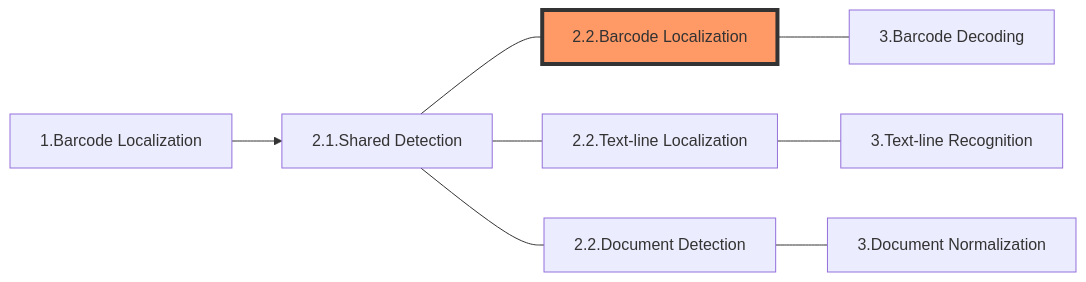
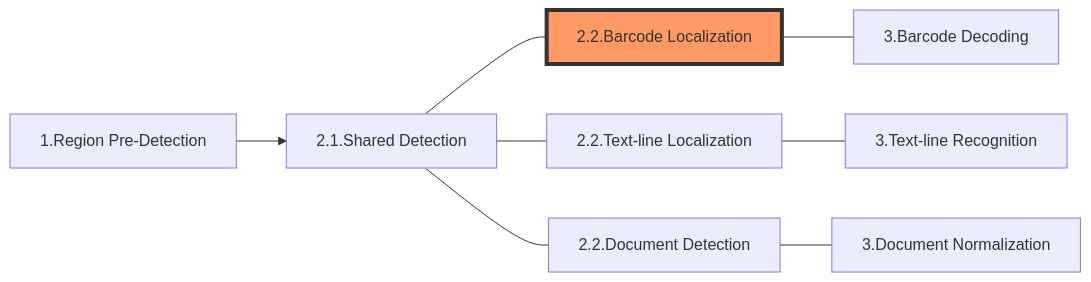
Before and after one commit to dynamsoft-docs/capture-vision-docs: the diagram in architecture/image-processing/barcode-localization.md, drawn with Mermaid.

Commit message:
Fix a mistake in flowchart

````diff
--- a/architecture/image-processing/barcode-localization.md
+++ b/architecture/image-processing/barcode-localization.md
@@ -15,11 +15,11 @@
 ```mermaid
 flowchart LR;
-     A[1.Barcode Localization]-->C[2.1.Shared Detection]
+     A[1.Region Pre-Detection]-->C[2.1.Shared Detection]
      C---D[2.2.Barcode Localization]
      C---E[2.2.Text-line Localization]
      C---F[2.2.Document Detection]
      D---G[3.Barcode Decoding]
      E---H[3.Text-line Recognition]
      F---I[3.Document Normalization]
      style D fill:#f96,stroke:#333,stroke-width:4px
 ```
````
